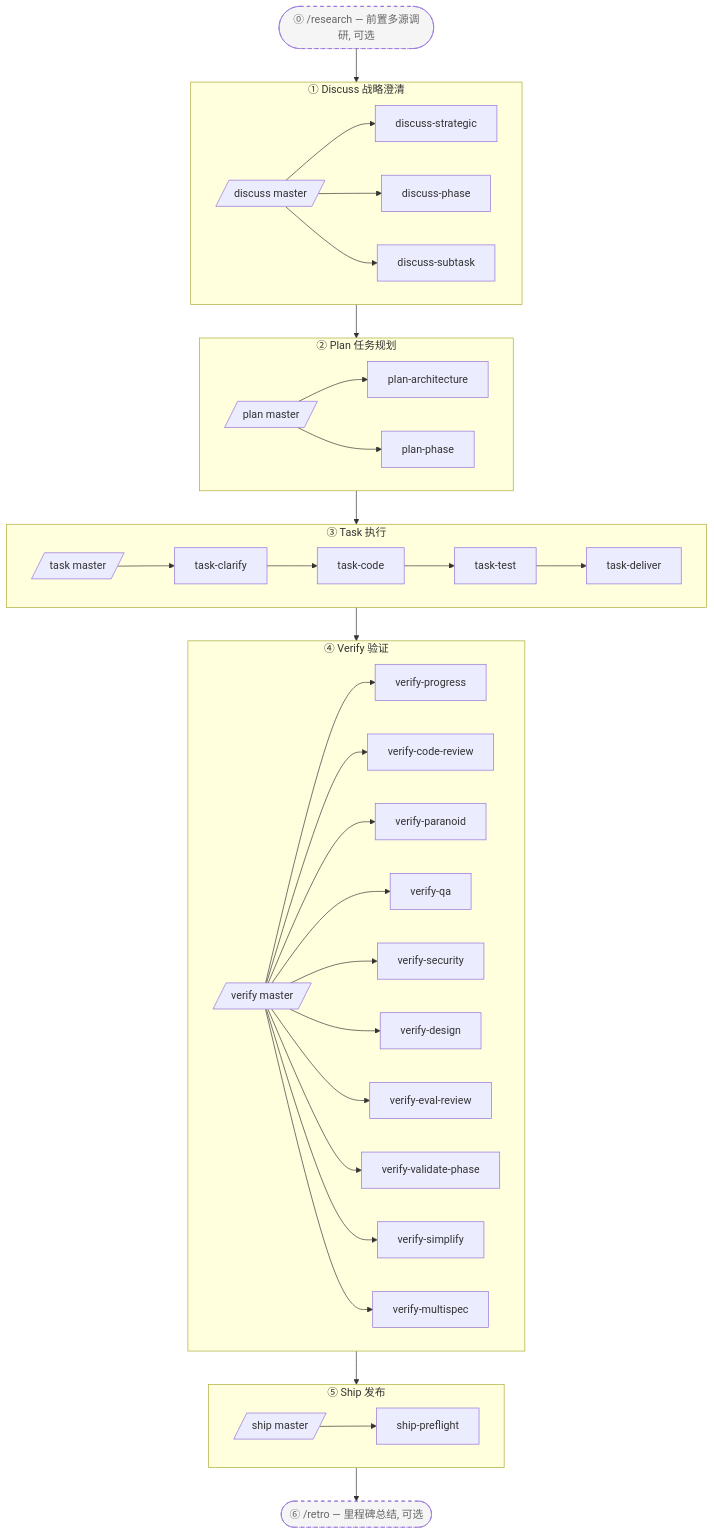
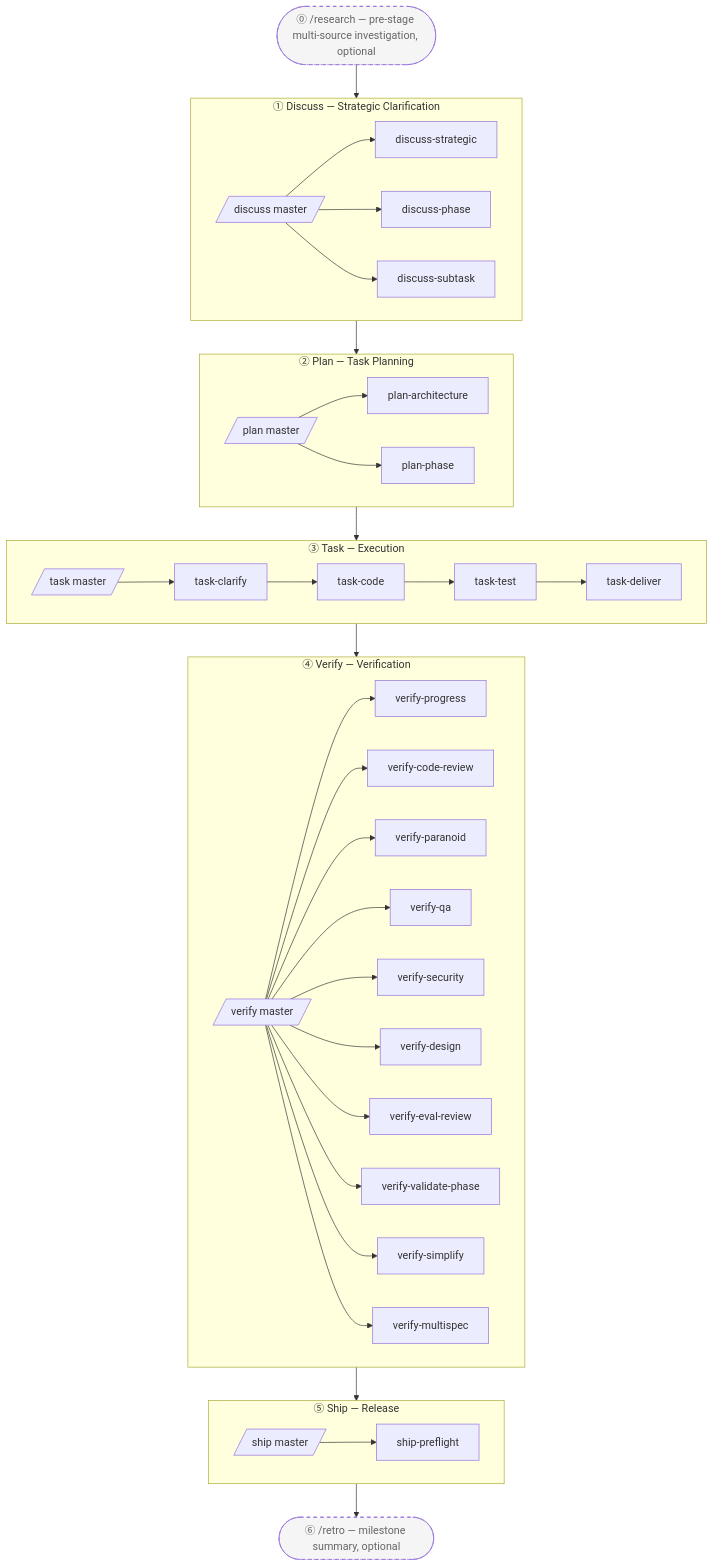
One commit to easyinplay/harnessed changed the second of 2 diagrams in README.md. Above: the diagram before and after it, drawn with Mermaid. The commit also changed other lines of this file and 17 other files, not shown here.

````diff
--- a/README.md
+++ b/README.md
@@ -201,49 +205,49 @@
 ```mermaid
 graph TD
-  RS([⓪ /research — 前置多源调研, 可选]):::optional
-  subgraph Discuss[① Discuss 战略澄清]
+  RS([⓪ /research — pre-stage multi-source investigation, optional]):::optional
+  subgraph Discuss[① Discuss — Strategic Clarification]
     DM[/discuss master/]
     DS[discuss-strategic]
     DP[discuss-phase]
     DT[discuss-subtask]
     DM --> DS & DP & DT
   end
-  subgraph Plan[② Plan 任务规划]
+  subgraph Plan[② Plan — Task Planning]
     PM[/plan master/]
     PA[plan-architecture]
     PP[plan-phase]
     PM --> PA & PP
   end
-  subgraph Task[③ Task 执行]
+  subgraph Task[③ Task — Execution]
     TM[/task master/]
     TC[task-clarify]
     TCo[task-code]
     TT[task-test]
     TD[task-deliver]
     TM --> TC --> TCo --> TT --> TD
   end
-  subgraph Verify[④ Verify 验证]
+  subgraph Verify[④ Verify — Verification]
     VMs[/verify master/]
     VP[verify-progress]
     VC[verify-code-review]
     VPa[verify-paranoid]
     VQ[verify-qa]
     VS[verify-security]
     VD[verify-design]
     VE[verify-eval-review]
     VV[verify-validate-phase]
     VSi[verify-simplify]
     VM[verify-multispec]
     VMs --> VP & VC & VPa & VQ & VS & VD & VE & VV & VSi & VM
   end
-  subgraph Ship[⑤ Ship 发布]
+  subgraph Ship[⑤ Ship — Release]
     SMs[/ship master/]
     SP[ship-preflight]
     SMs --> SP
   end
-  RT([⑥ /retro — 里程碑总结, 可选]):::optional
+  RT([⑥ /retro — milestone summary, optional]):::optional
   RS --> Discuss
   Discuss --> Plan --> Task --> Verify --> Ship
   Ship --> RT
   classDef optional stroke-dasharray:5 5,fill:#f5f5f5,color:#666
 ```
````
